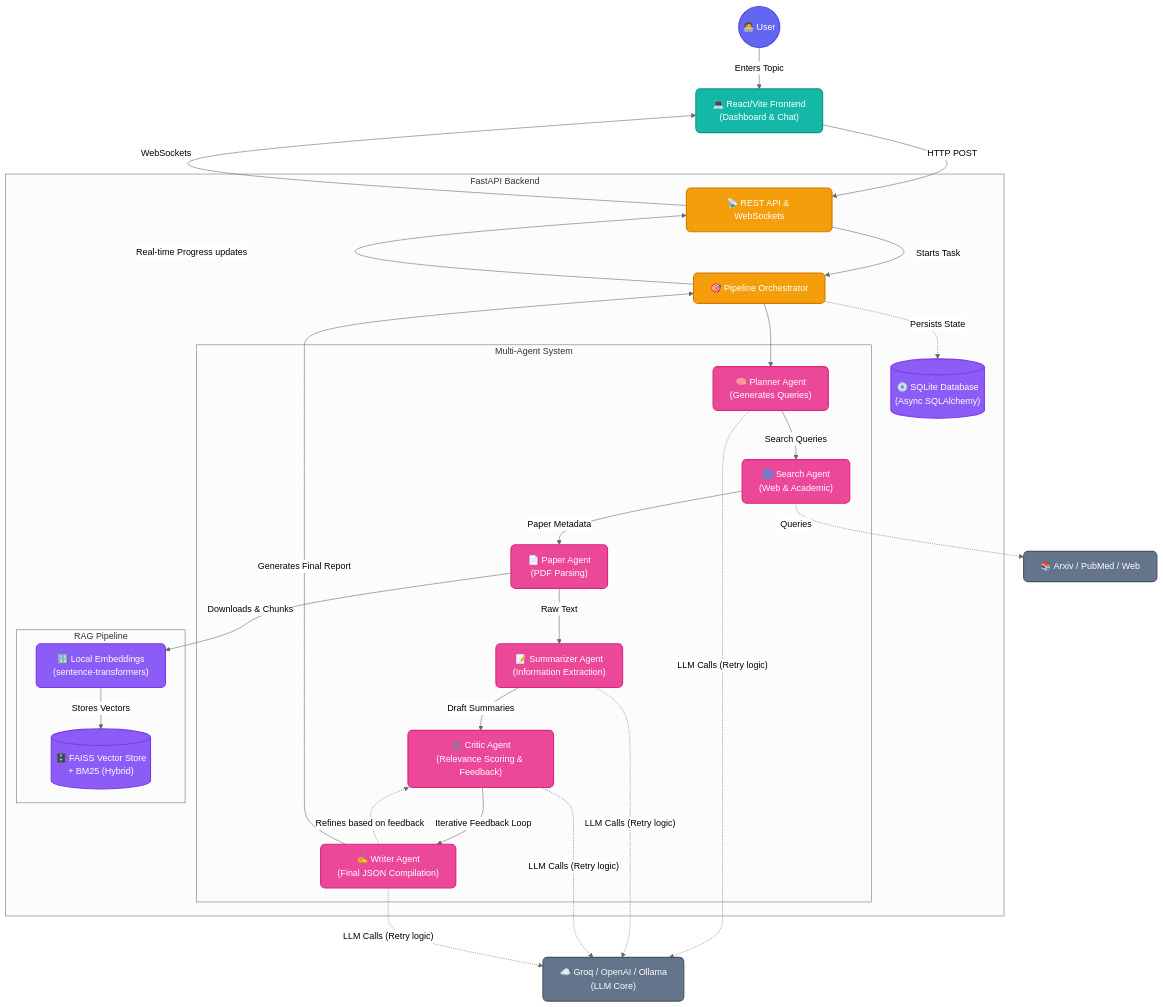
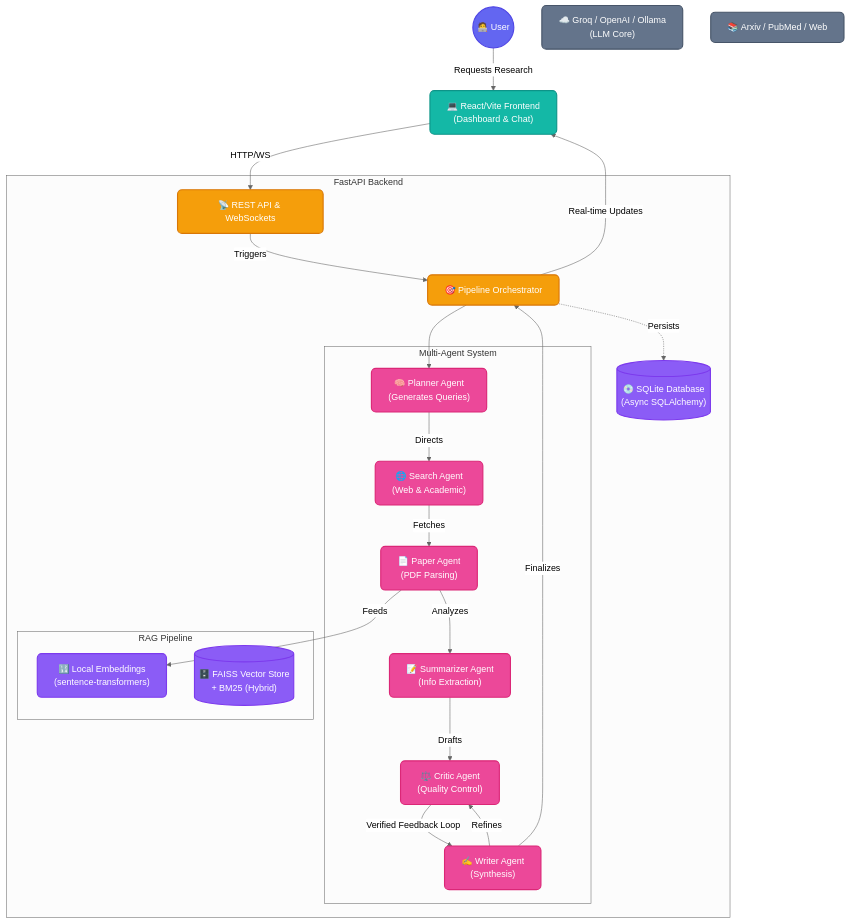
One commit to mrshibly/autonomous-research-agent changed the diagram in README.md. Above: the diagram before and after it, drawn with Mermaid (neutral theme). The commit also changed other lines of this file and 6 other files, not shown here.

Commit message:
docs: professionalize README with architecture diagram and docker links

````diff
--- a/README.md
+++ b/README.md
@@ -17,65 +32,59 @@
 ```mermaid
-graph TD
+flowchart TD
     %% Styling
     classDef user fill:#6366f1,stroke:#4f46e5,stroke-width:2px,color:#fff,rx:8px,ry:8px
     classDef frontend fill:#14b8a6,stroke:#0d9488,stroke-width:2px,color:#fff,rx:8px,ry:8px
     classDef backend fill:#f59e0b,stroke:#d97706,stroke-width:2px,color:#fff,rx:8px,ry:8px
     classDef agent fill:#ec4899,stroke:#db2777,stroke-width:2px,color:#fff,rx:8px,ry:8px
     classDef db fill:#8b5cf6,stroke:#7c3aed,stroke-width:2px,color:#fff,rx:8px,ry:8px
     classDef external fill:#64748b,stroke:#475569,stroke-width:2px,color:#fff,rx:8px,ry:8px
 
     %% Nodes
     User(("🧑‍💻 User")):::user
     UI["💻 React/Vite Frontend<br>(Dashboard & Chat)"]:::frontend
-    
-    subgraph FastAPI Backend
+
+    subgraph FastAPI_Backend ["FastAPI Backend"]
         API["📡 REST API & WebSockets"]:::backend
         Orchestrator["🎯 Pipeline Orchestrator"]:::backend
-        
-        subgraph Multi-Agent System
+
+        subgraph Multi_Agent_System ["Multi-Agent System"]
             Planner["🧠 Planner Agent<br>(Generates Queries)"]:::agent
             Search["🌐 Search Agent<br>(Web & Academic)"]:::agent
             Paper["📄 Paper Agent<br>(PDF Parsing)"]:::agent
-            Summarizer["📝 Summarizer Agent<br>(Information Extraction)"]:::agent
-            Critic["⚖️ Critic Agent<br>(Relevance Scoring & Feedback)"]:::agent
-            Writer["✍️ Writer Agent<br>(Final JSON Compilation)"]:::agent
+            Summarizer["📝 Summarizer Agent<br>(Info Extraction)"]:::agent
+            Critic["⚖️ Critic Agent<br>(Quality Control)"]:::agent
+            Writer["✍️ Writer Agent<br>(Synthesis)"]:::agent
         end
-        
-        subgraph RAG Pipeline
+
+        subgraph RAG_Pipeline ["RAG Pipeline"]
             Embeddings["🔢 Local Embeddings<br>(sentence-transformers)"]:::db
             FAISS[("🗄️ FAISS Vector Store<br>+ BM25 (Hybrid)")]:::db
         end
-        
+
         SQLite[("💿 SQLite Database<br>(Async SQLAlchemy)")]:::db
     end
-    
+
     Provider["☁️ Groq / OpenAI / Ollama<br>(LLM Core)"]:::external
     Sources["📚 Arxiv / PubMed / Web"]:::external
 
     %% Edges
-    User -- "Enters Topic" --> UI
-    UI -- "HTTP POST" --> API
-    API -- "Starts Task" --> Orchestrator
-    
+    User -- "Requests Research" --> UI
+    UI -- "HTTP/WS" --> API
+    API -- "Triggers" --> Orchestrator
+
     Orchestrator --> Planner
-    Planner -- "Search Queries" --> Search
-    Search -- "Paper Metadata" --> Paper
-    Paper -- "Downloads & Chunks" --> Embeddings
-    Embeddings -- "Stores Vectors" --> FAISS
-    Paper -- "Raw Text" --> Summarizer
-    Summarizer -- "Draft Summaries" --> Critic
-    
-    Critic -- "Iterative Feedback Loop" --> Writer
-    Writer -. "Refines based on feedback" .-> Critic
-    
-    Writer -- "Generates Final Report" --> Orchestrator
-    Orchestrator -- "Real-time Progress updates" --> API
-    API -- "WebSockets" --> UI
-    
-    %% External calls
-    Search -. "Queries" .-> Sources
-    Planner & Summarizer & Critic & Writer -. "LLM Calls (Retry logic)" .-> Provider
-    
+    Planner -- "Directs" --> Search
+    Search -- "Fetches" --> Paper
+    Paper -- "Feeds" --> Embeddings
+    Paper -- "Analyzes" --> Summarizer
+    Summarizer -- "Drafts" --> Critic
+
+    Critic -- "Verified Feedback Loop" --> Writer
+    Writer -- "Refines" --> Critic
+
+    Writer -- "Finalizes" --> Orchestrator
+    Orchestrator -- "Real-time Updates" --> UI
+
     %% Storage
-    Orchestrator -. "Persists State" .-> SQLite
+    Orchestrator -. "Persists" .-> SQLite
 ```
````
